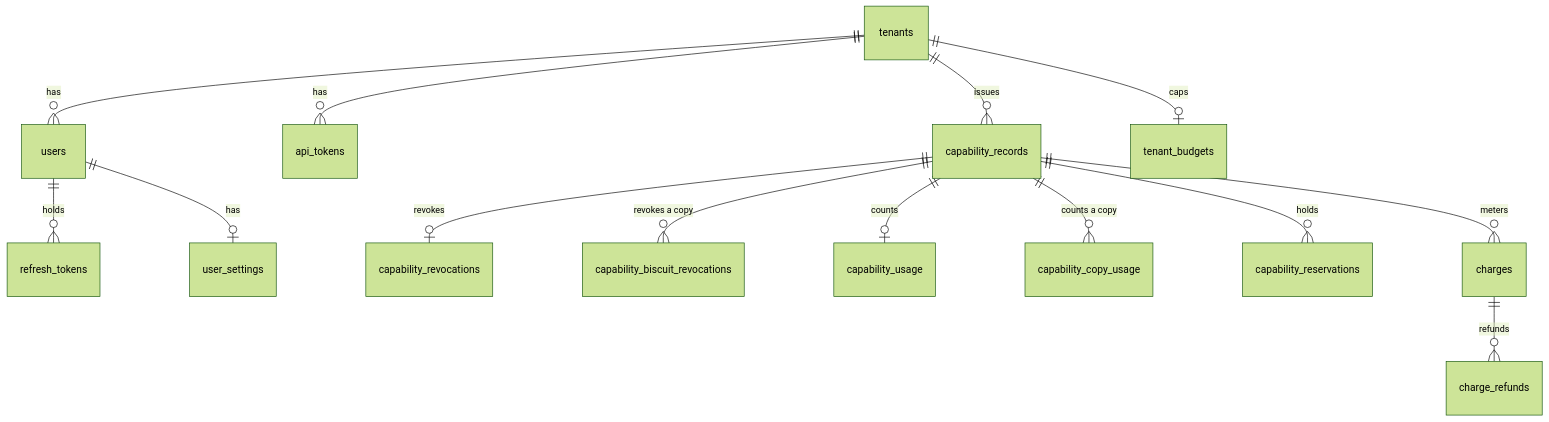
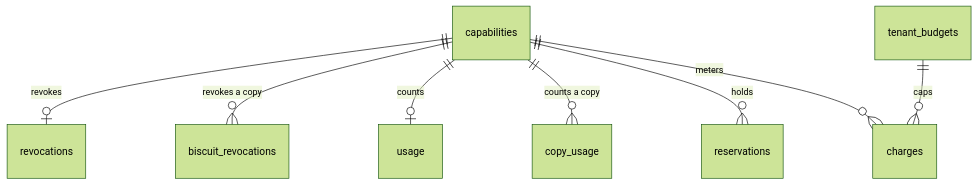
Before and after one commit to oleg-tkachuk/paladin: diagram 11 of 14 in backend/docs/diagrams.md, drawn with Mermaid (forest theme). The commit also changed other lines of this file and 3 other files, not shown here.

Commit message:
docs: capabilities in the limes schema

````diff
--- a/backend/docs/diagrams.md
+++ b/backend/docs/diagrams.md
@@ -386,16 +398,10 @@
 ```mermaid
 erDiagram
-    tenants ||--o{ users : has
-    users ||--o{ refresh_tokens : holds
-    users ||--o| user_settings : has
-    tenants ||--o{ api_tokens : has
-    tenants ||--o{ capability_records : issues
-    capability_records ||--o| capability_revocations : revokes
-    capability_records ||--o{ capability_biscuit_revocations : "revokes a copy"
-    capability_records ||--o| capability_usage : counts
-    capability_records ||--o{ capability_copy_usage : "counts a copy"
-    capability_records ||--o{ capability_reservations : holds
-    capability_records ||--o{ charges : meters
-    charges ||--o{ charge_refunds : refunds
-    tenants ||--o| tenant_budgets : caps
+    capabilities ||--o| revocations : revokes
+    capabilities ||--o{ biscuit_revocations : "revokes a copy"
+    capabilities ||--o| usage : counts
+    capabilities ||--o{ copy_usage : "counts a copy"
+    capabilities ||--o{ reservations : holds
+    capabilities ||--o{ charges : meters
+    tenant_budgets ||--o{ charges : caps
 ```
````
